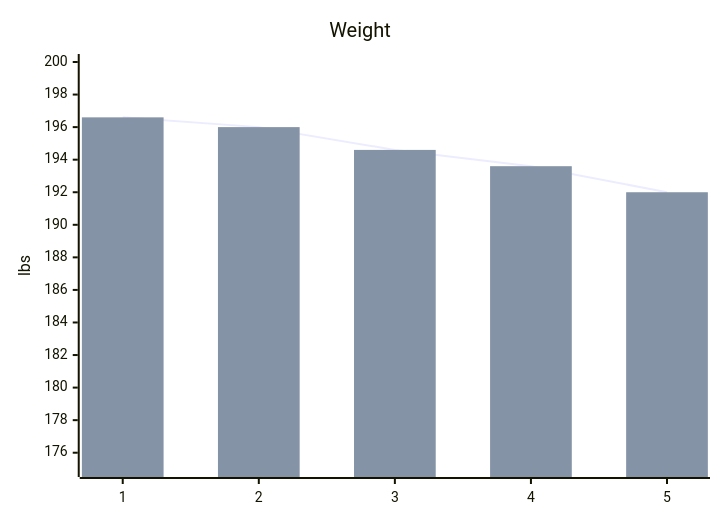
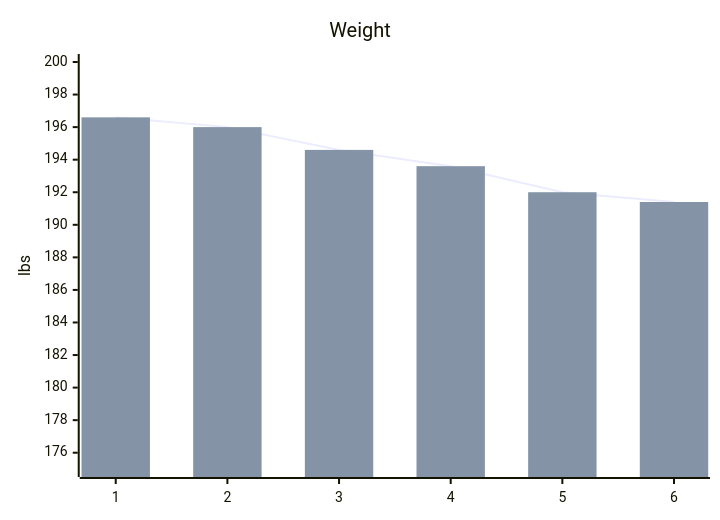
Before and after one commit to stevenelson35/stevenelson35.github.io: the diagram in all_collections/_personal/goals.md, drawn with Mermaid. The commit also changed other lines of this file, not shown here.

```diff
--- a/all_collections/_personal/goals.md
+++ b/all_collections/_personal/goals.md
@@ -11,8 +11,8 @@
 <pre class="mermaid" >
   xychart-beta
     title "Weight" 
-    x-axis [1, 2, 3, 4, 5] 
+    x-axis [1, 2, 3, 4, 5, 6] 
     y-axis "lbs" 175 --> 200
-    line [196.6, 196.0, 194.6, 193.6, 192.0]
-    bar [196.6, 196.0, 194.6, 193.6, 192.0]
+    line [196.6, 196.0, 194.6, 193.6, 192.0, 191.4]
+    bar [196.6, 196.0, 194.6, 193.6, 192.0, 191.4]
 </pre>
```
